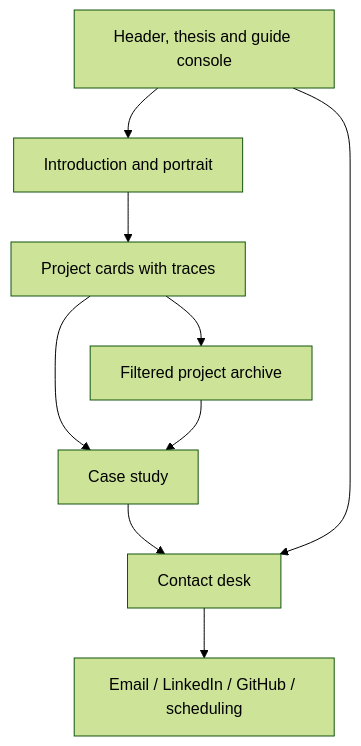
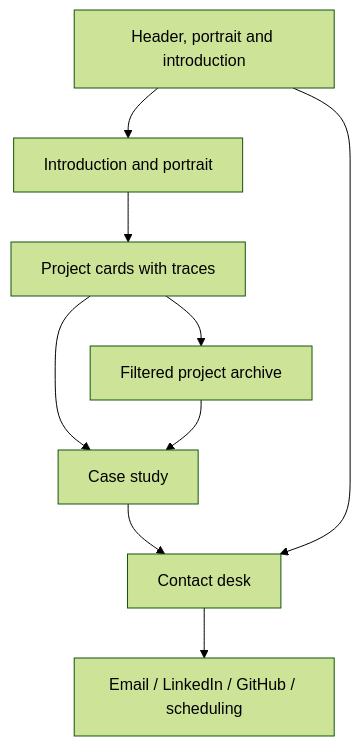
The diagram in docs/design/ui-flow.md (y-bakshi/portfolio), drawn with Mermaid (forest theme) before and after one commit. The commit also changed other lines of this file and 8 other files, not shown here.

````diff
--- a/docs/design/ui-flow.md
+++ b/docs/design/ui-flow.md
@@ -5,11 +5,11 @@
 ```mermaid
 flowchart TD
-  Home[Header, thesis and guide console] --> About[Introduction and portrait]
+  Home[Header, portrait and introduction] --> About[Introduction and portrait]
   About --> Featured[Project cards with traces]
   Featured --> Archive[Filtered project archive]
   Featured --> Case[Case study]
   Archive --> Case
   Case --> Contact[Contact desk]
   Home --> Contact
   Contact --> Choices[Email / LinkedIn / GitHub / scheduling]
 ```
````
